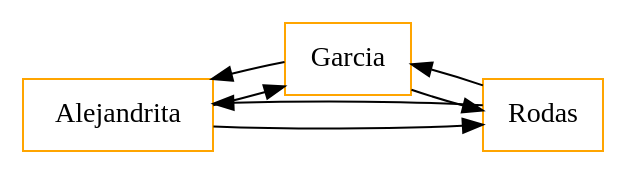
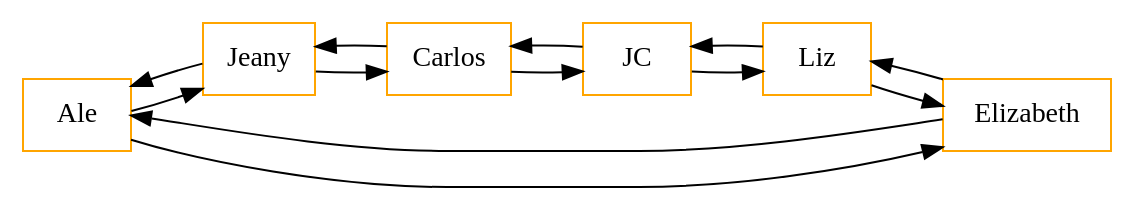
The diagram in GraficarUsuarios.dot (jeani-rodas97/EDD_1S2019_P1_201404421), drawn with Graphviz before and after one commit. The commit also changed 5 other files, not shown here.

```diff
--- a/GraficarUsuarios.dot
+++ b/GraficarUsuarios.dot
@@ -1,9 +1,14 @@
 digraph G { 
 rankdir=LR  
 node [shape= box, color=orange]; 
-node0 [label = Alejandrita] 
-node1 [label = Garcia] 
-node2 [label = Rodas] 
-node0 -> node1 -> node2 -> node0
-node2 -> node1 -> node0 -> node2
+node0 [label = Ale ] 
+node1 [label = Jeany ] 
+node2 [label = Carlos ] 
+node3 [label = JC ] 
+node4 [label = Liz] 
+node5 [label = Elizabeth ] 
+node0 -> node1 -> node2 -> node3 -> node4 -> node5 
+node5 -> node4 -> node3 -> node2 -> node1 -> node0 
+node0 -> node5
+node5 -> node0
 }
```
